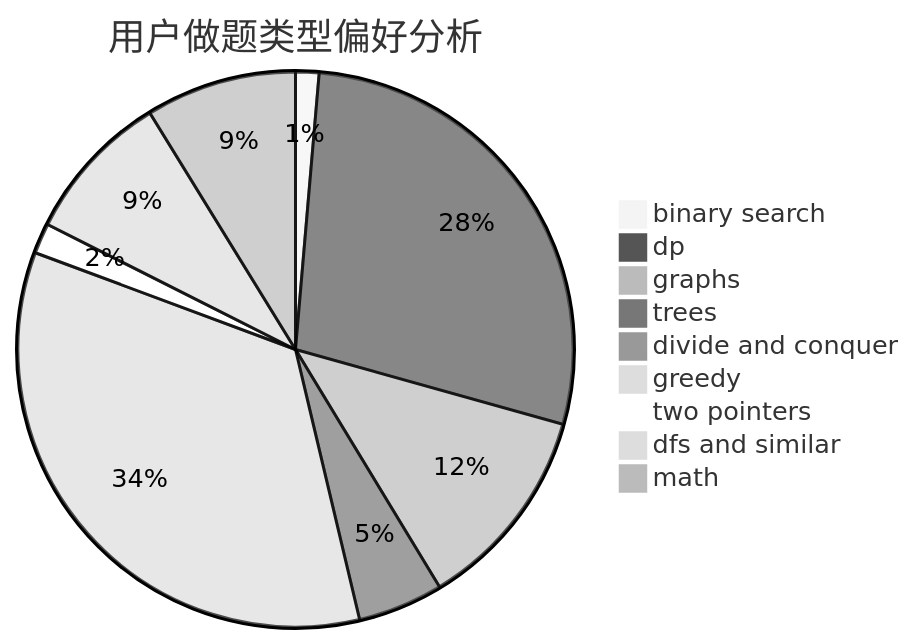
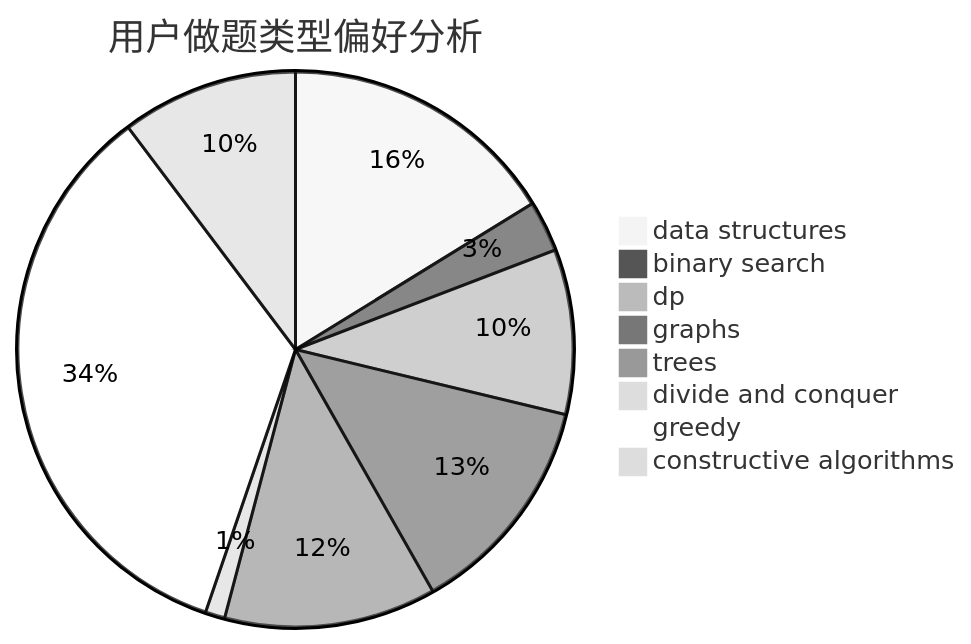
The second of 3 diagrams in docs/user/u288.md (sherpahu/cfrs.github.io), drawn with Mermaid (neutral theme) before and after one commit. The commit also changed other lines of this file and 2775 other files, not shown here.

````diff
--- a/docs/user/u288.md
+++ b/docs/user/u288.md
@@ -23,12 +23,11 @@
 ```mermaid
 pie title 用户做题类型偏好分析
-    "binary search" :  20
-    "dp" :  411
-    "graphs" :  176
-    "trees" :  73
+    "data structures" :  71
+    "binary search" :  13
+    "dp" :  42
+    "graphs" :  57
+    "trees" :  54
     "divide and conquer" :  5
-    "greedy" :  505
-    "two pointers" :  26
-    "dfs and similar" :  129
-    "math" :  129
+    "greedy" :  151
+    "constructive algorithms" :  45
 ```
````
